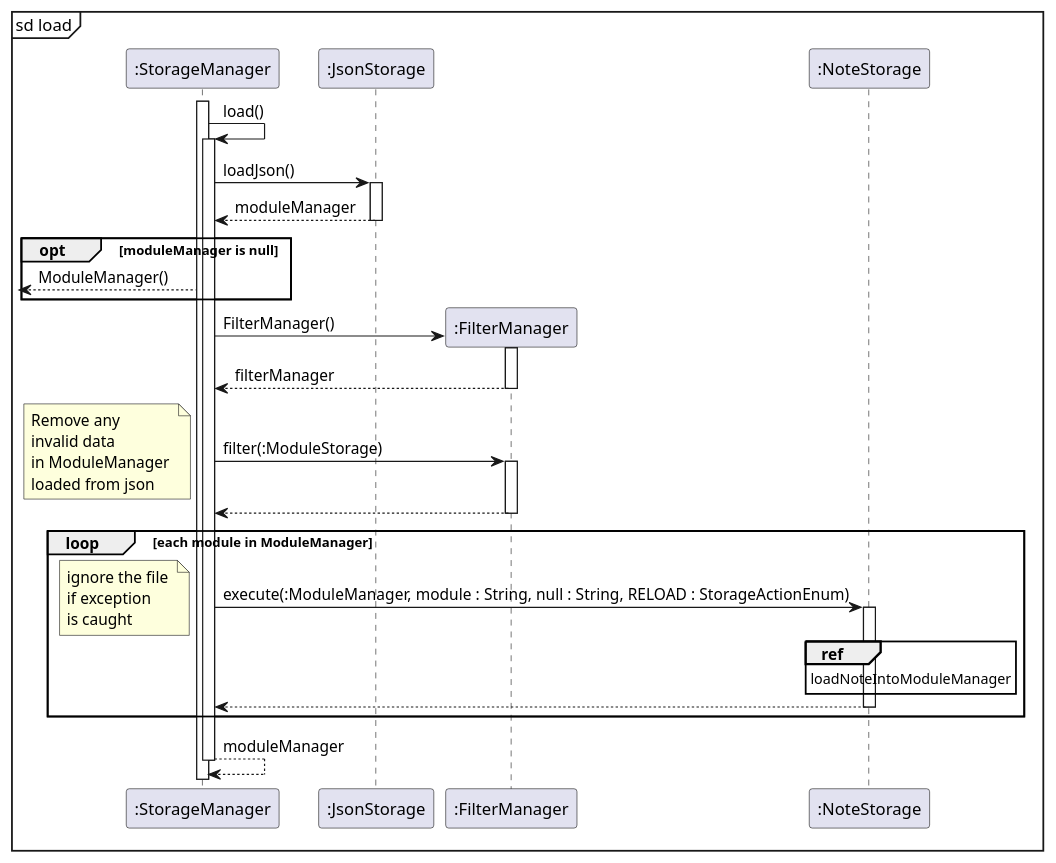
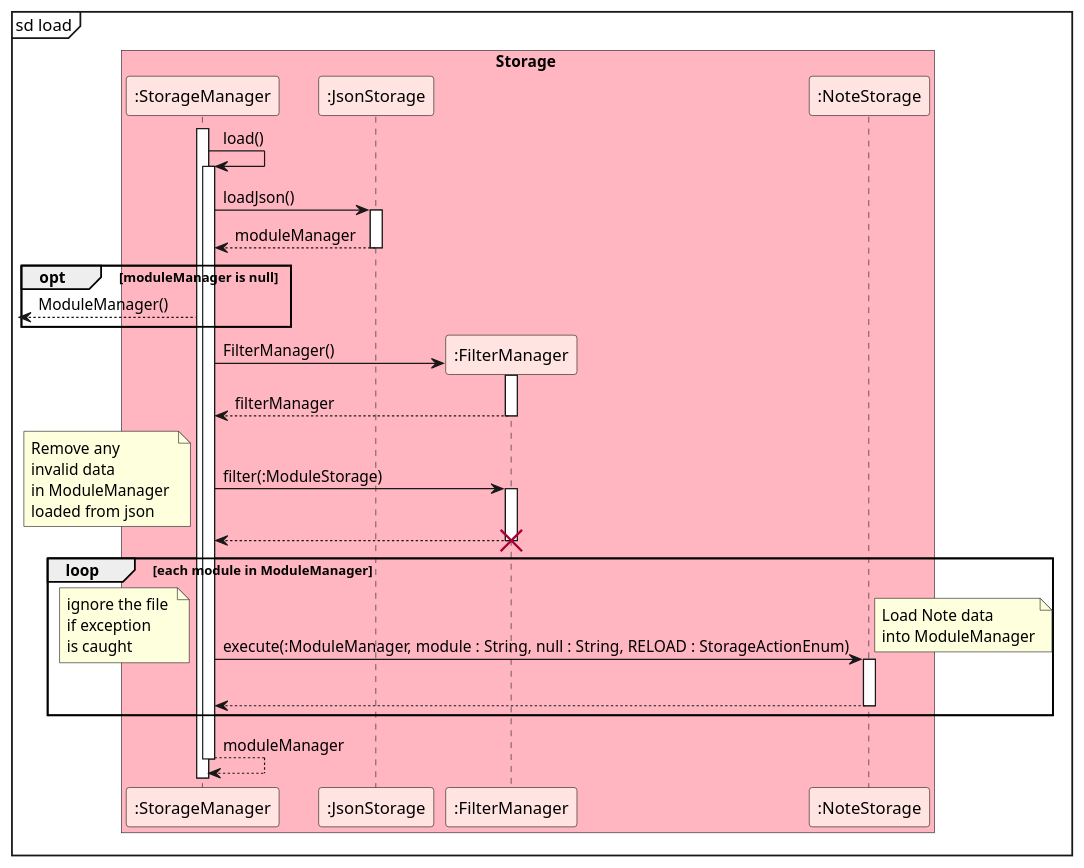
One commit to nus-cs2113-AY2122S1/tp changed the diagram in docs/uml/storage/StorageLoadSequenceDiagram_part2.puml. Above: the diagram before and after it, drawn with PlantUML. The commit also changed 8 other files, not shown here.

Commit message:
Add loading sequence diagram for storage in DG

```diff
--- a/docs/uml/storage/StorageLoadSequenceDiagram_part2.puml
+++ b/docs/uml/storage/StorageLoadSequenceDiagram_part2.puml
@@ -1,46 +1,45 @@
 @startuml
 'https://plantuml.com/sequence-diagram
 
 mainframe sd load
 
-participant ":StorageManager" as StorageManager
-
-participant ":JsonStorage" as JsonStorage
-
-participant ":FilterManager" as FilterManager
-
-participant ":NoteStorage" as NoteStorage
+box Storage #lightpink
+participant ":StorageManager" as StorageManager #mistyrose
+participant ":JsonStorage" as JsonStorage #mistyrose
+participant ":FilterManager" as FilterManager #mistyrose
+participant ":NoteStorage" as NoteStorage #mistyrose
+endbox
 
 activate StorageManager
 StorageManager -> StorageManager : load()
 activate StorageManager
 StorageManager -> JsonStorage : loadJson()
 activate JsonStorage
 return moduleManager
 opt moduleManager is null
 <-- StorageManager : ModuleManager()
 end
 create FilterManager
 StorageManager -> FilterManager : FilterManager()
 activate FilterManager
 return filterManager
 StorageManager -> FilterManager : filter(:ModuleStorage)
 note left : Remove any \ninvalid data \nin ModuleManager \nloaded from json
 activate FilterManager
 return
+destroy FilterManager
 loop each module in ModuleManager
   StorageManager -> NoteStorage : execute(:ModuleManager, module : String, null : String, RELOAD : StorageActionEnum)
   activate NoteStorage
   note left : ignore the file \nif exception \nis caught
-  ref over NoteStorage
-  loadNoteIntoModuleManager
-  end
+  |||
+  note right: Load Note data \ninto ModuleManager
   return
 end
 return moduleManager
 
 
 
 
 
 @enduml
```
